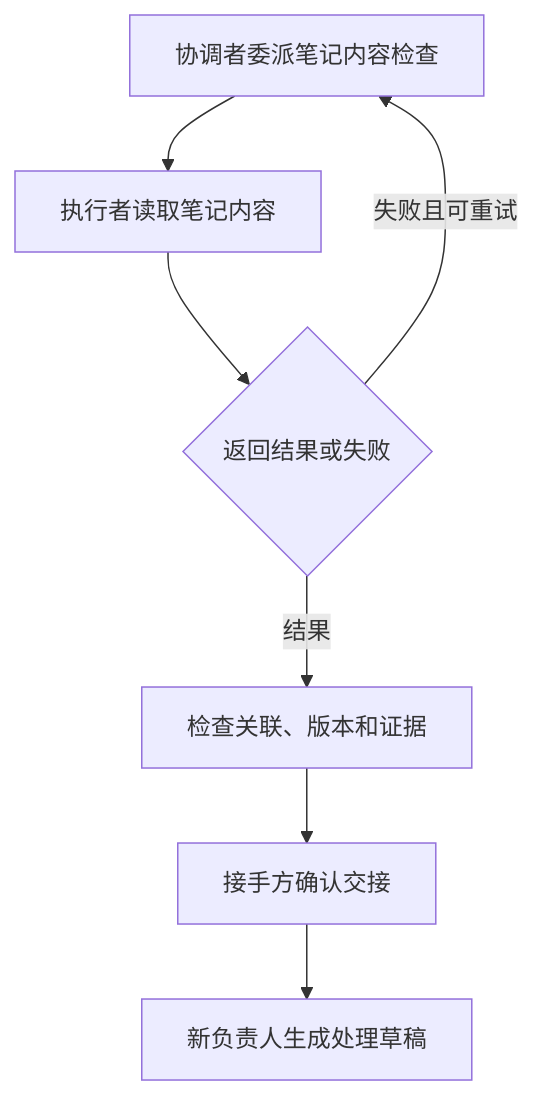
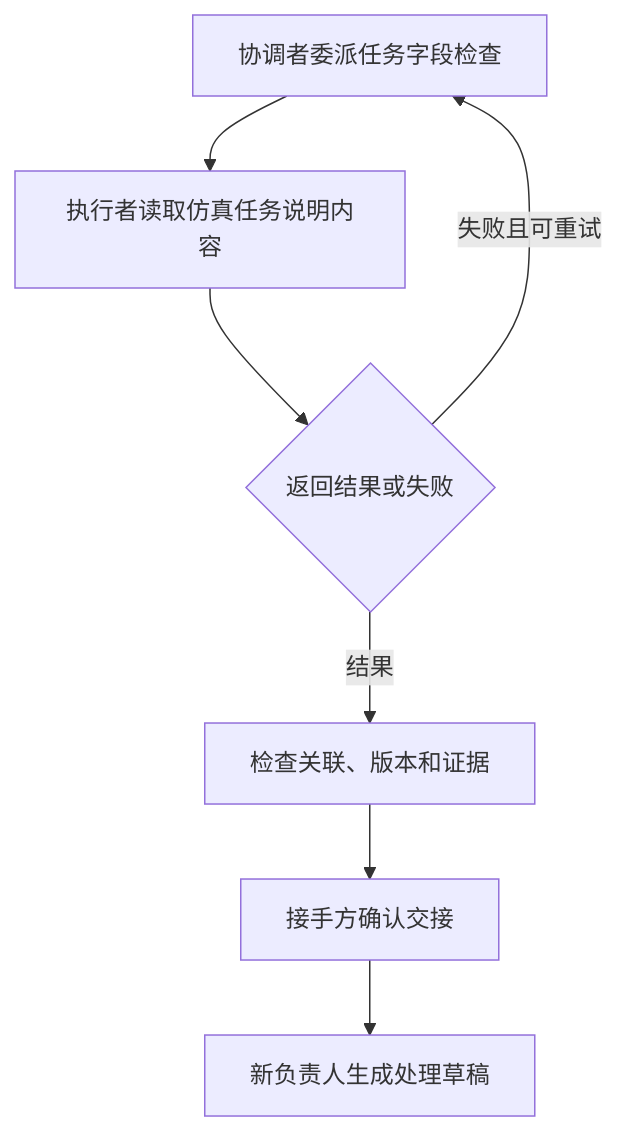
Before and after one commit to HarryYangthu/TheBestAIGuide: the diagram in 10-Knowledge/02 Agent Harness/05-communication-and-handoff/README.md, drawn with Mermaid. The commit also changed other lines of this file and 341 other files, not shown here.

````diff
--- a/10-Knowledge/02 Agent Harness/05-communication-and-handoff/README.md
+++ b/10-Knowledge/02 Agent Harness/05-communication-and-handoff/README.md
@@ -9,9 +9,9 @@
 ```mermaid
 flowchart TD
-    A["协调者委派笔记内容检查"] --> B["执行者读取笔记内容"]
+    A["协调者委派任务字段检查"] --> B["执行者读取仿真任务说明内容"]
     B --> C{"返回结果或失败"}
     C -->|失败且可重试| A
     C -->|结果| D["检查关联、版本和证据"]
     D --> E["接手方确认交接"]
     E --> F["新负责人生成处理草稿"]
 ```
````
